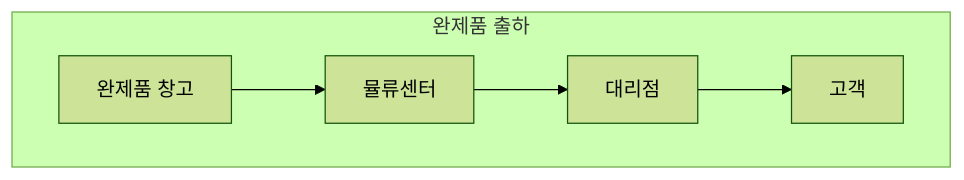
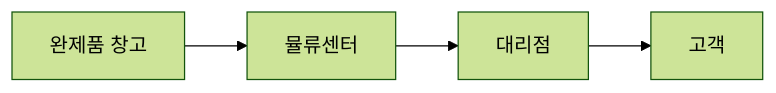
The third of 3 diagrams in docs/0204_logistics_material_and_inventory_management.md (yeonkyupark/pepc3e), drawn with Mermaid (forest theme) before and after one commit. The commit also changed other lines of this file, not shown here.

````diff
--- a/docs/0204_logistics_material_and_inventory_management.md
+++ b/docs/0204_logistics_material_and_inventory_management.md
@@ -66,12 +60,9 @@
    ```mermaid
-   flowchart TD
-   
-   subgraph Outbound[완제품 출하]
+   flowchart LR
        A[완제품 창고]
        B[뮬류센터]
        C[대리점]
        D[고객]
-   end
    
    A --> B --> C --> D
-   ```
+   ```   
````
